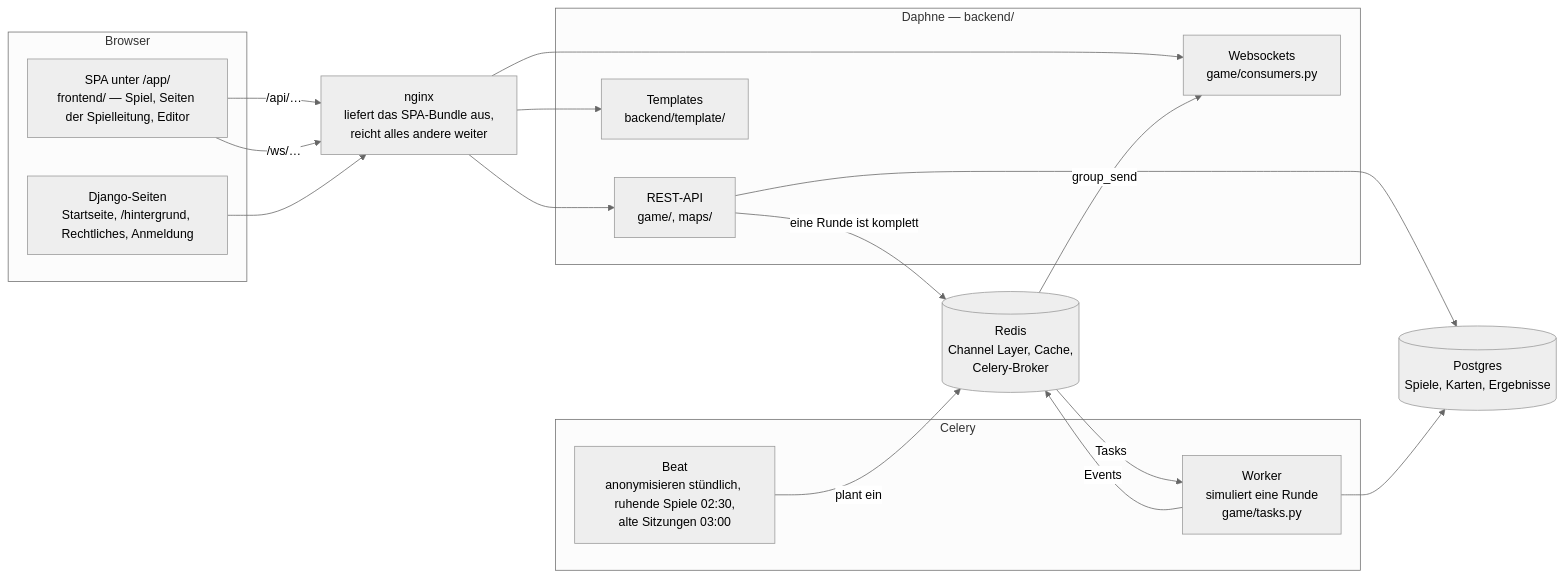
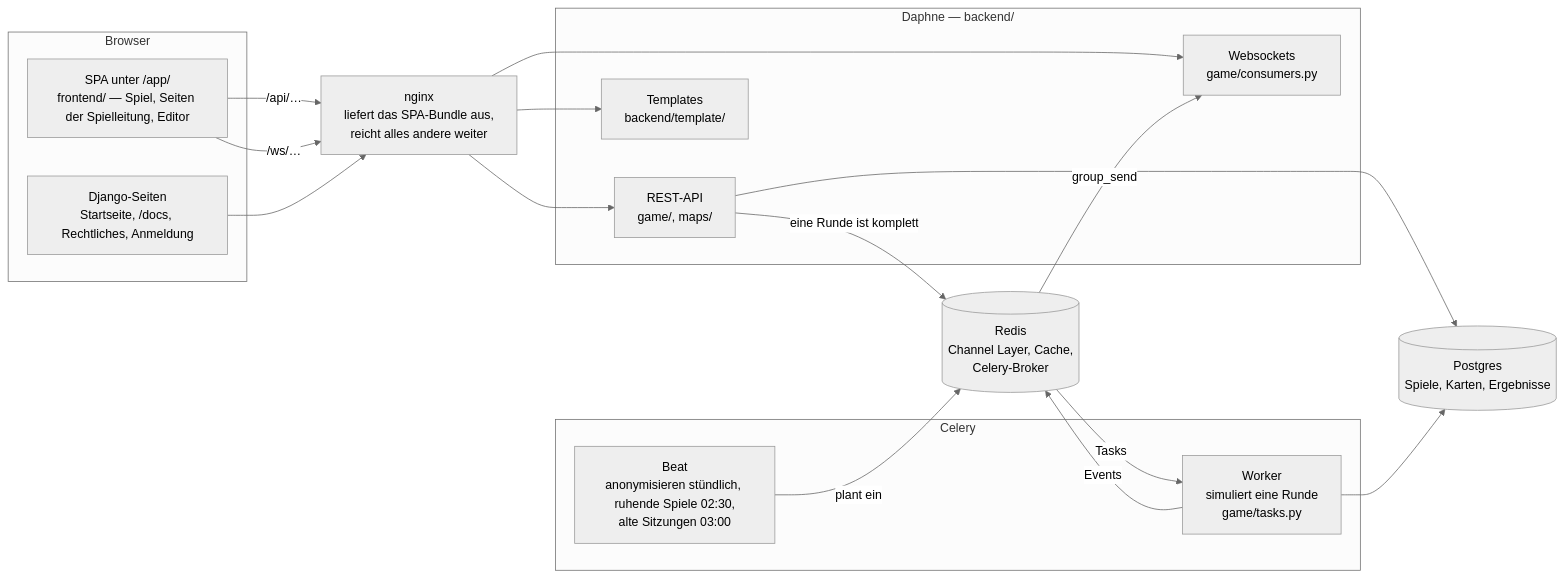
One commit to luke-hirsch/co2mmute changed the first of 12 diagrams in docs/de-flowcharts.md. Above: the diagram before and after it, drawn with Mermaid (neutral theme). The commit also changed other lines of this file and 53 other files, not shown here.

````diff
--- a/docs/de-flowcharts.md
+++ b/docs/de-flowcharts.md
@@ -26,33 +26,33 @@
 ```mermaid
 flowchart LR
     subgraph browser["Browser"]
         spa["SPA unter /app/<br>frontend/ — Spiel, Seiten der Spielleitung, Editor"]
-        pages["Django-Seiten<br>Startseite, /hintergrund, Rechtliches, Anmeldung"]
+        pages["Django-Seiten<br>Startseite, /docs, Rechtliches, Anmeldung"]
     end
     nginx["nginx<br>liefert das SPA-Bundle aus,<br>reicht alles andere weiter"]
     subgraph daphne["Daphne — backend/"]
         rest["REST-API<br>game/, maps/"]
         tpl["Templates<br>backend/template/"]
         ws["Websockets<br>game/consumers.py"]
     end
     subgraph celery["Celery"]
         worker["Worker<br>simuliert eine Runde<br>game/tasks.py"]
         beat["Beat<br>anonymisieren stündlich, ruhende Spiele 02:30,<br>alte Sitzungen 03:00"]
     end
     pg[("Postgres<br>Spiele, Karten, Ergebnisse")]
     redis[("Redis<br>Channel Layer, Cache,<br>Celery-Broker")]
 
     spa -->|"/api/…"| nginx
     spa -->|"/ws/…"| nginx
     pages --> nginx
     nginx --> rest
     nginx --> tpl
     nginx --> ws
     rest --> pg
     rest -->|"eine Runde ist komplett"| redis
     beat -->|"plant ein"| redis
     redis -->|"Tasks"| worker
     worker --> pg
     worker -->|"Events"| redis
     redis -->|"group_send"| ws
 ```
````
